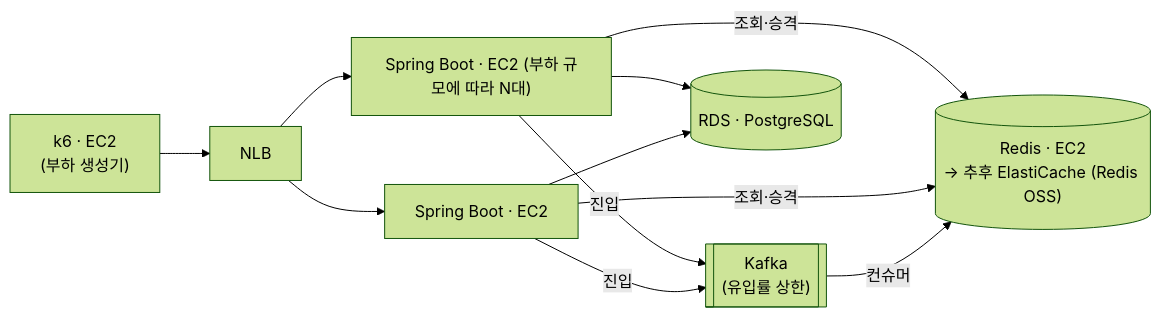
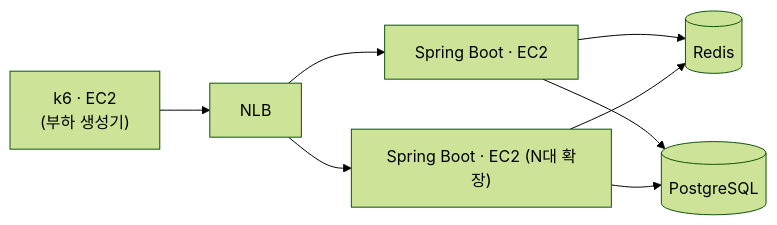
Before and after one commit to urban6/holiday-train-ticketing-system: the diagram in README.md, drawn with Mermaid (forest theme). The commit also changed other lines of this file and 3 other files, not shown here.

````diff
--- a/README.md
+++ b/README.md
@@ -131,13 +21,13 @@
 ```mermaid
 flowchart LR
     k6["k6 · EC2<br/>(부하 생성기)"] --> nlb[NLB]
+
     nlb --> was1["Spring Boot · EC2"]
-    nlb --> was2["Spring Boot · EC2 (부하 규모에 따라 N대)"]
-    was1 -->|"진입"| kafka[["Kafka<br/>(유입률 상한)"]]
-    was2 -->|"진입"| kafka
-    kafka -->|"컨슈머"| redis
-    was1 -->|"조회·승격"| redis[("Redis · EC2<br/>→ 추후 ElastiCache (Redis OSS)")]
-    was2 -->|"조회·승격"| redis
-    was1 --> rds[("RDS · PostgreSQL")]
+    nlb --> was2["Spring Boot · EC2 (N대 확장)"]
+
+    was1 --> redis[("Redis")]
+    was2 --> redis
+
+    was1 --> rds[("PostgreSQL")]
     was2 --> rds
 ```
````
